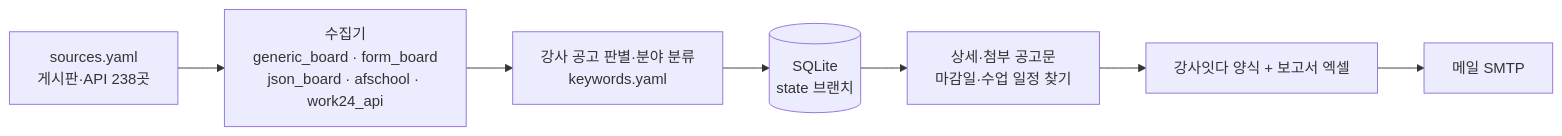
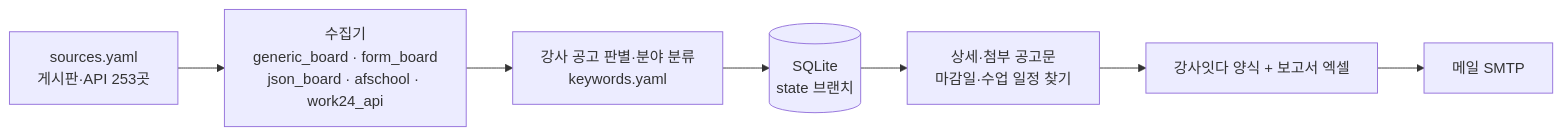
One commit to thskal17-sudo/busan-school-company changed the diagram in docs/DESIGN.md. Above: the diagram before and after it, drawn with Mermaid. The commit also changed other lines of this file and 6 other files, not shown here.

````diff
--- a/docs/DESIGN.md
+++ b/docs/DESIGN.md
@@ -29,9 +29,9 @@
 ```mermaid
 flowchart LR
-    S[sources.yaml<br/>게시판·API 238곳] --> C[수집기<br/>generic_board · form_board<br/>json_board · afschool · work24_api]
+    S[sources.yaml<br/>게시판·API 253곳] --> C[수집기<br/>generic_board · form_board<br/>json_board · afschool · work24_api]
     C --> F[강사 공고 판별·분야 분류<br/>keywords.yaml]
     F --> D[(SQLite<br/>state 브랜치)]
     D --> I[상세·첨부 공고문<br/>마감일·수업 일정 찾기]
     I --> X[강사잇다 양식 + 보고서 엑셀]
     X --> M[메일 SMTP]
 ```
````
